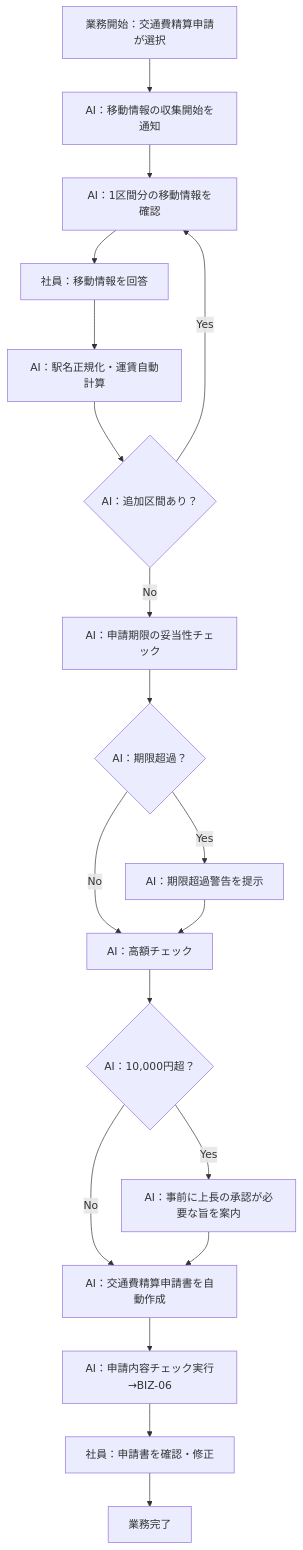
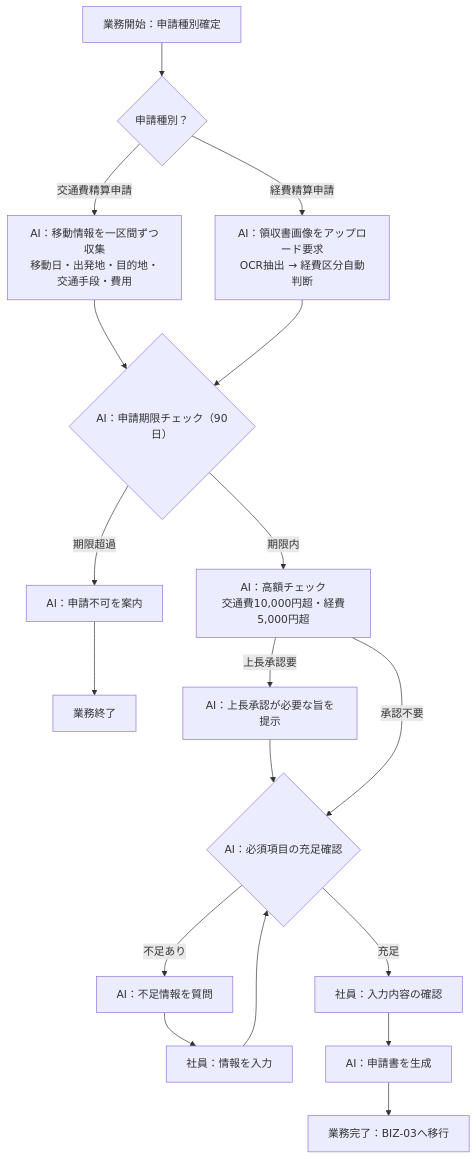
Before and after one commit to horii003/AIAgentBookCC: the second of 3 diagrams in artifacts/01_business-requirements/outputs/業務プロセス定義.md, drawn with Mermaid. The commit also changed other lines of this file and 337 other files, not shown here.

````diff
--- a/artifacts/01_business-requirements/outputs/業務プロセス定義.md
+++ b/artifacts/01_business-requirements/outputs/業務プロセス定義.md
@@ -391,21 +266,20 @@
 ```mermaid
 flowchart TD
-    A[業務開始：交通費精算申請が選択] --> B[AI：移動情報の収集開始を通知]
-    B --> C[AI：1区間分の移動情報を確認]
-    C --> D[社員：移動情報を回答]
-    D --> E[AI：駅名正規化・運賃自動計算]
-    E --> F{AI：追加区間あり？}
-    F -->|Yes| C
-    F -->|No| G[AI：申請期限の妥当性チェック]
-    G --> H{AI：期限超過？}
-    H -->|Yes| I[AI：期限超過警告を提示]
-    H -->|No| J[AI：高額チェック]
-    I --> J
-    J --> K{AI：10,000円超？}
-    K -->|Yes| L[AI：事前に上長の承認が必要な旨を案内]
-    K -->|No| M[AI：交通費精算申請書を自動作成]
-    L --> M
-    M --> N[AI：申請内容チェック実行→BIZ-06]
-    N --> O[社員：申請書を確認・修正]
-    O --> P[業務完了]
+    A[業務開始：申請種別確定] --> B{申請種別？}
+    B -->|交通費精算申請| B1[AI：移動情報を一区間ずつ収集\n移動日・出発地・目的地・交通手段・費用]
+    B -->|経費精算申請| B2[AI：領収書画像をアップロード要求\nOCR抽出 → 経費区分自動判断]
+    B1 --> C{AI：申請期限チェック（90日）}
+    B2 --> C
+    C -->|期限超過| C1[AI：申請不可を案内]
+    C1 --> Z[業務終了]
+    C -->|期限内| D[AI：高額チェック\n交通費10,000円超・経費5,000円超]
+    D -->|上長承認要| D1[AI：上長承認が必要な旨を提示]
+    D1 --> E
+    D -->|承認不要| E{AI：必須項目の充足確認}
+    E -->|不足あり| F[AI：不足情報を質問]
+    F --> G[社員：情報を入力]
+    G --> E
+    E -->|充足| H[社員：入力内容の確認]
+    H --> I[AI：申請書を生成]
+    I --> J[業務完了：BIZ-03へ移行]
 ```
````
